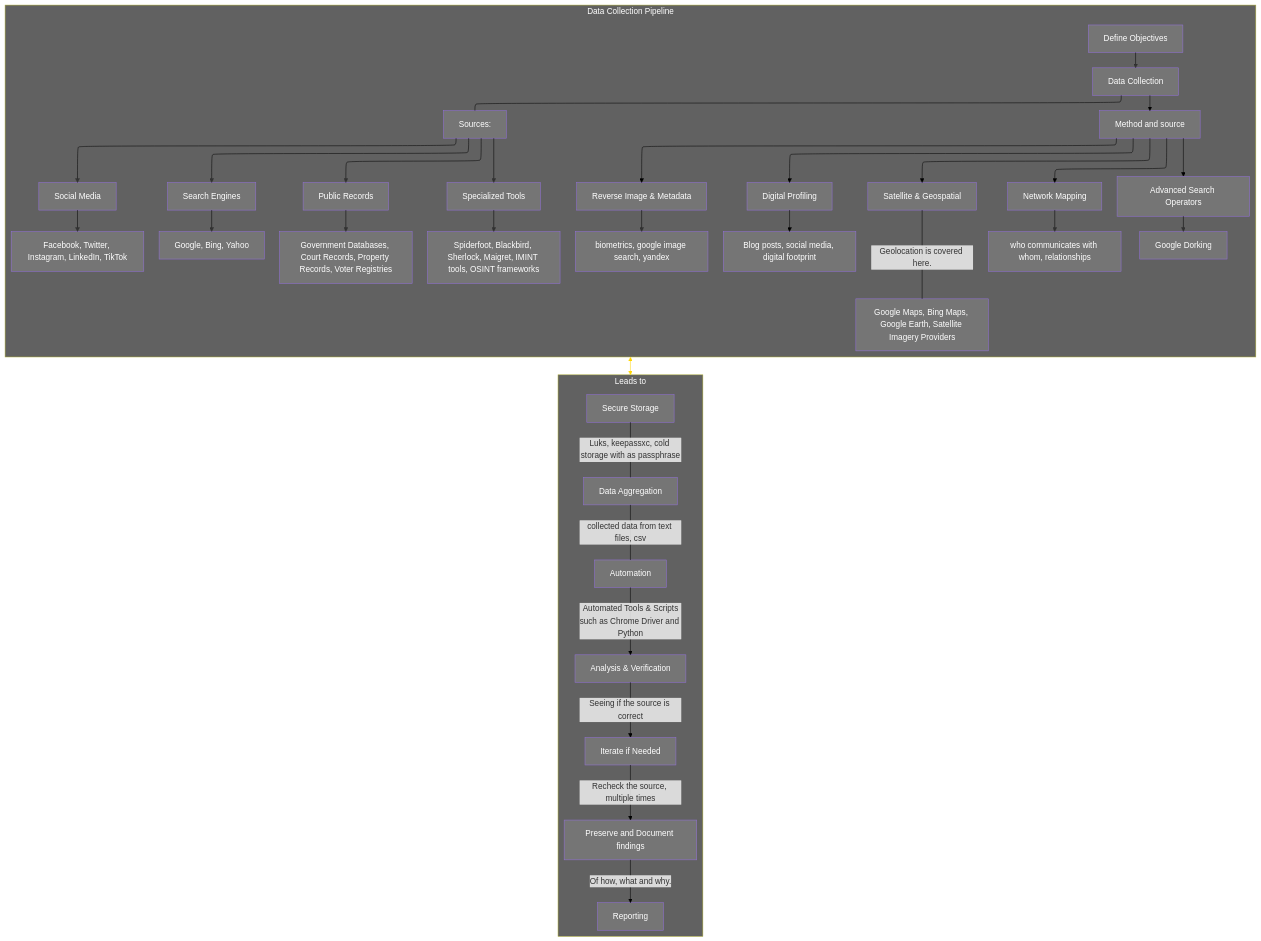
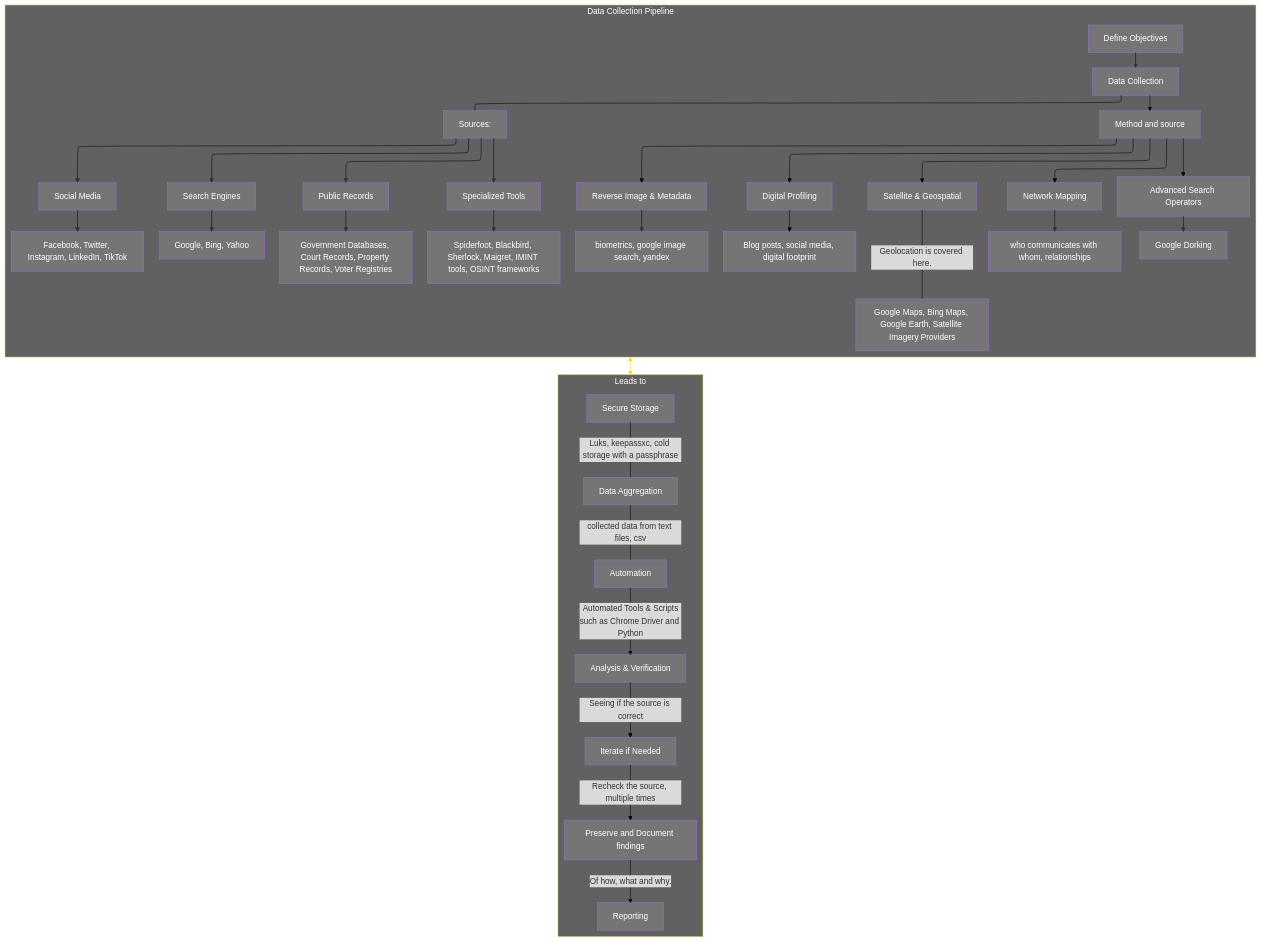
One commit to airborne-commando/OPSEC-OSINT-Tools changed the diagram in markdown/mermaid-data/data-collection-pipeline.md. Above: the diagram before and after it, drawn with Mermaid. The commit also changed 1 other file, not shown here.

Commit message:
Spelling

```diff
--- a/markdown/mermaid-data/data-collection-pipeline.md
+++ b/markdown/mermaid-data/data-collection-pipeline.md
@@ -55,7 +55,7 @@
     n4 -- Seeing if the source is correct --> F
     F -- Recheck the source, multiple times --> G
     G -- "<span style=padding-left:>Of how, what and why.</span>" --> G3
-    G1 -- Luks, keepassxc, cold storage with as passphrase --- H3
+    G1 -- Luks, keepassxc, cold storage with a passphrase --- H3
     H -- "<span style=padding-left:>Automated Tools &amp; Scripts<br></span>such as Chrome Driver and Python" --> n4
     s1 <--> s2
 
```
